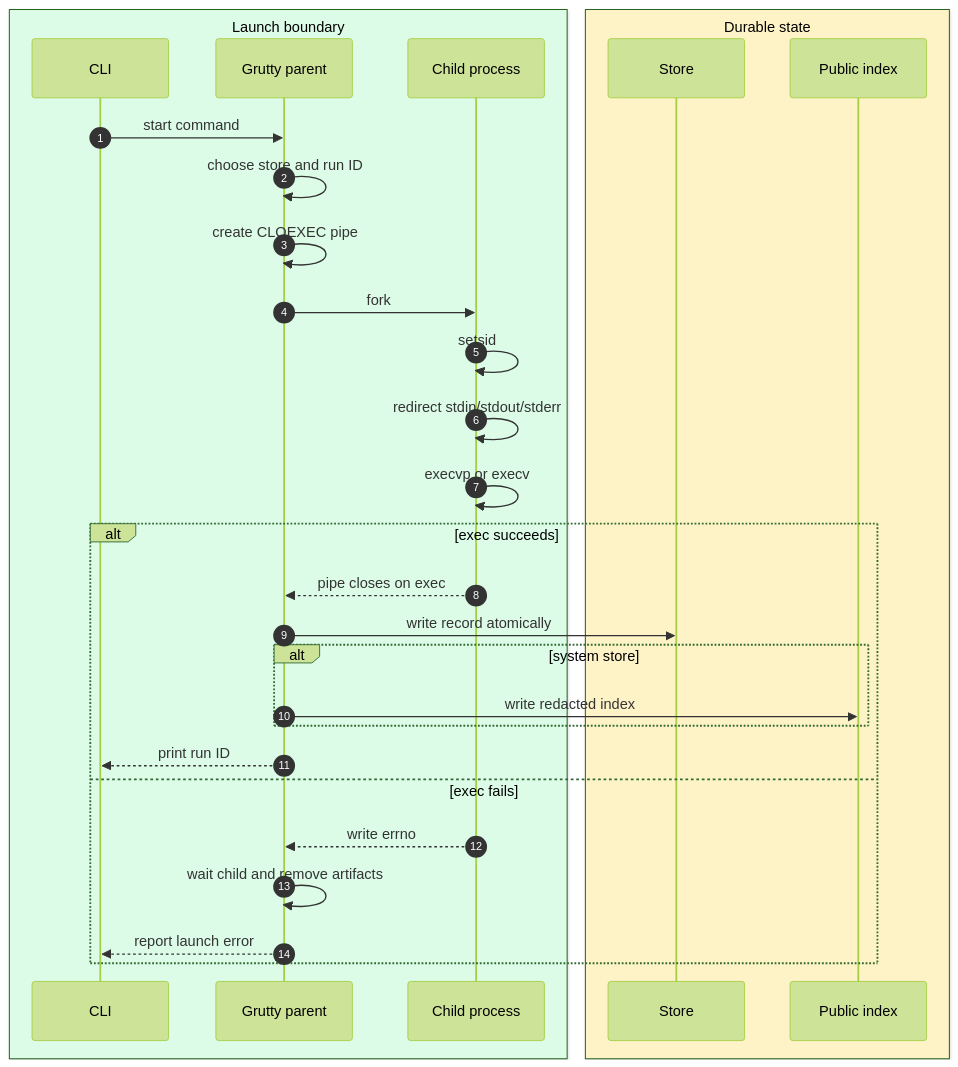
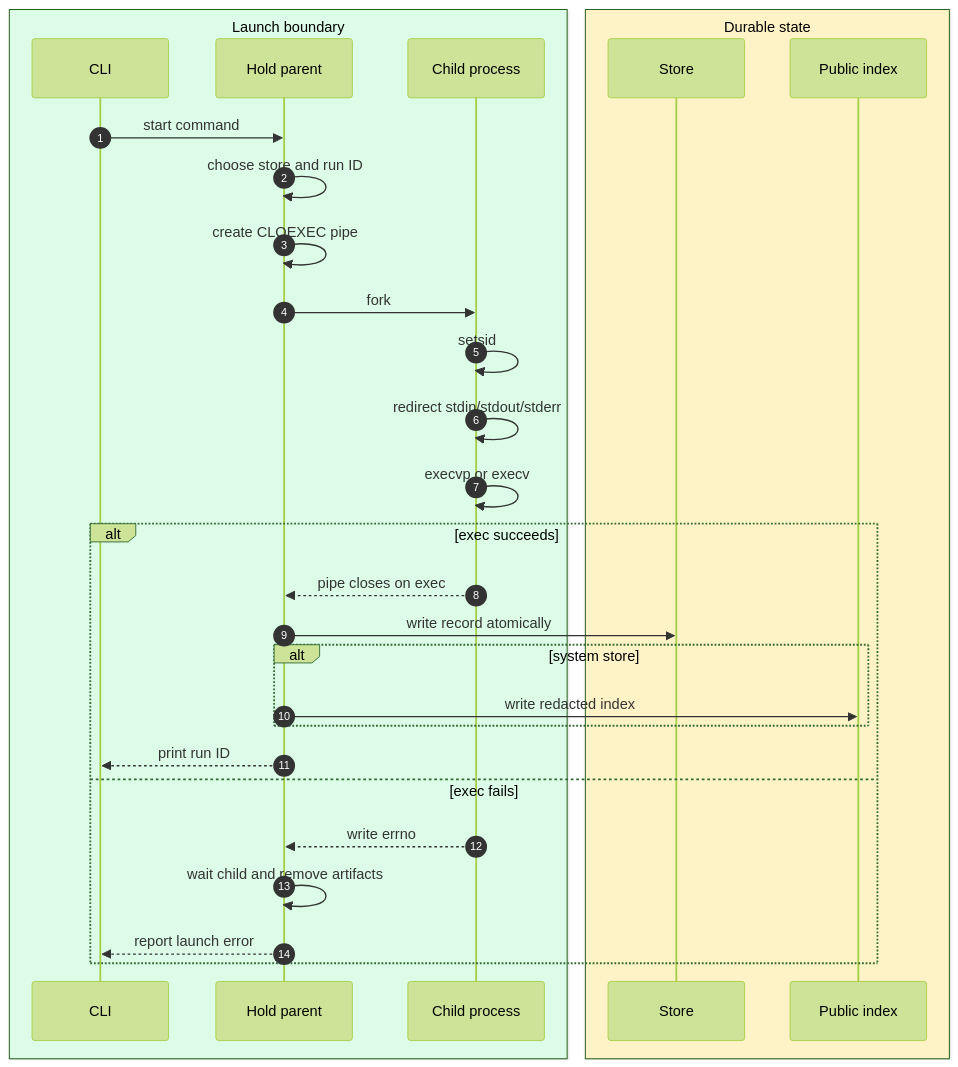
Before and after one commit to RchGrav/HoldOn: the first of 2 diagrams in docs/launcher.md, drawn with Mermaid (forest theme). The commit also changed other lines of this file and 54 other files, not shown here.

````diff
--- a/docs/launcher.md
+++ b/docs/launcher.md
@@ -24,33 +24,33 @@
 ```mermaid
 sequenceDiagram
     autonumber
     box rgb(220, 252, 231) Launch boundary
     participant CLI as CLI
-    participant Parent as Grutty parent
+    participant Parent as Hold parent
     participant Child as Child process
     end
     box rgb(254, 243, 199) Durable state
     participant Store as Store
     participant Public as Public index
     end
 
     CLI->>Parent: start command
     Parent->>Parent: choose store and run ID
     Parent->>Parent: create CLOEXEC pipe
     Parent->>Child: fork
     Child->>Child: setsid
     Child->>Child: redirect stdin/stdout/stderr
     Child->>Child: execvp or execv
     alt exec succeeds
         Child-->>Parent: pipe closes on exec
         Parent->>Store: write record atomically
         alt system store
             Parent->>Public: write redacted index
         end
         Parent-->>CLI: print run ID
     else exec fails
         Child-->>Parent: write errno
         Parent->>Parent: wait child and remove artifacts
         Parent-->>CLI: report launch error
     end
 ```
````
